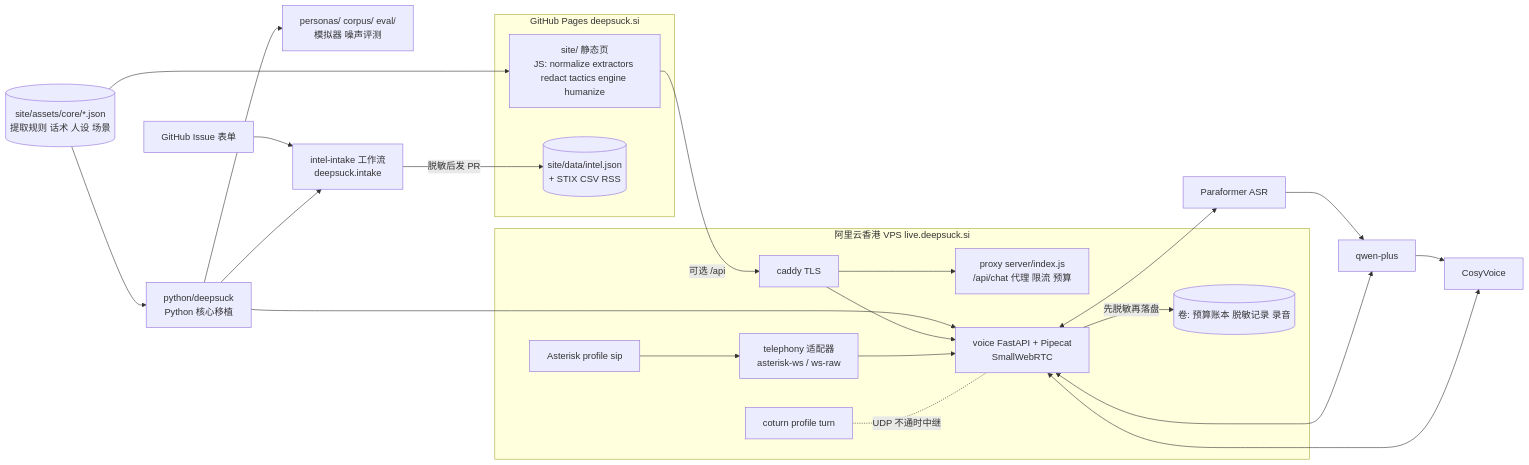
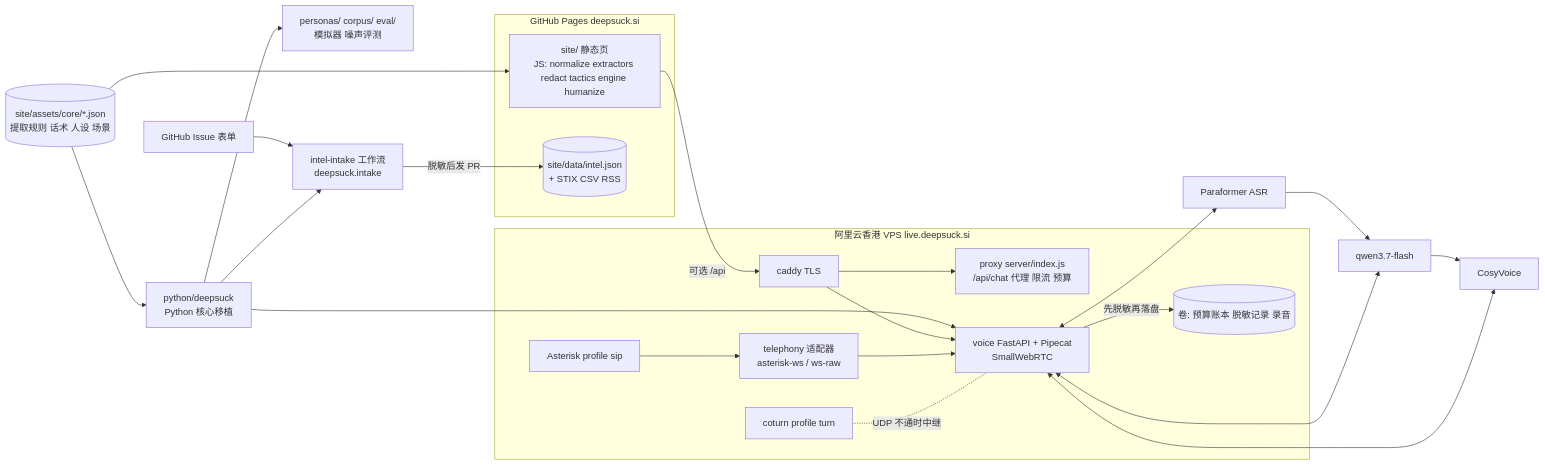
One commit to deepsucksi/deepsuck changed the diagram in docs/ARCHITECTURE.md. Above: the diagram before and after it, drawn with Mermaid. The commit also changed other lines of this file and 14 other files, not shown here.

First line of the commit message:
语音大模型改为 qwen3.7-flash（非思考），单价按模型取表，加 A/B 脚本 (#40)

````diff
--- a/docs/ARCHITECTURE.md
+++ b/docs/ARCHITECTURE.md
@@ -13,40 +13,40 @@
 ```mermaid
 flowchart LR
   CORE[("site/assets/core/*.json<br/>提取规则 话术 人设 场景")]
 
   subgraph PAGES["GitHub Pages deepsuck.si"]
     SITE["site/ 静态页<br/>JS: normalize extractors redact tactics engine humanize"]
     INTEL[("site/data/intel.json<br/>+ STIX CSV RSS")]
   end
 
   subgraph VPS["阿里云香港 VPS live.deepsuck.si"]
     CADDY["caddy TLS"]
     PROXY["proxy server/index.js<br/>/api/chat 代理 限流 预算"]
     VOICE["voice FastAPI + Pipecat<br/>SmallWebRTC"]
     TEL["telephony 适配器<br/>asterisk-ws / ws-raw"]
     SIP["Asterisk profile sip"]
     TURN["coturn profile turn"]
     VOL[("卷: 预算账本 脱敏记录 录音")]
   end
 
-  ASR["Paraformer ASR"] --> LLM["qwen-plus"] --> TTS["CosyVoice"]
+  ASR["Paraformer ASR"] --> LLM["qwen3.7-flash"] --> TTS["CosyVoice"]
   PY["python/deepsuck<br/>Python 核心移植"]
   OFF["personas/ corpus/ eval/<br/>模拟器 噪声评测"]
   GH["GitHub Issue 表单"] --> ACT["intel-intake 工作流<br/>deepsuck.intake"]
 
   CORE --> SITE
   CORE --> PY
   PY --> VOICE
   PY --> OFF
   PY --> ACT
   ACT -- "脱敏后发 PR" --> INTEL
   SITE -- "可选 /api" --> CADDY
   CADDY --> PROXY
   CADDY --> VOICE
   SIP --> TEL --> VOICE
   TURN -. "UDP 不通时中继" .- VOICE
   VOICE <--> ASR
   VOICE <--> LLM
   VOICE <--> TTS
   VOICE -- "先脱敏再落盘" --> VOL
 ```
````
